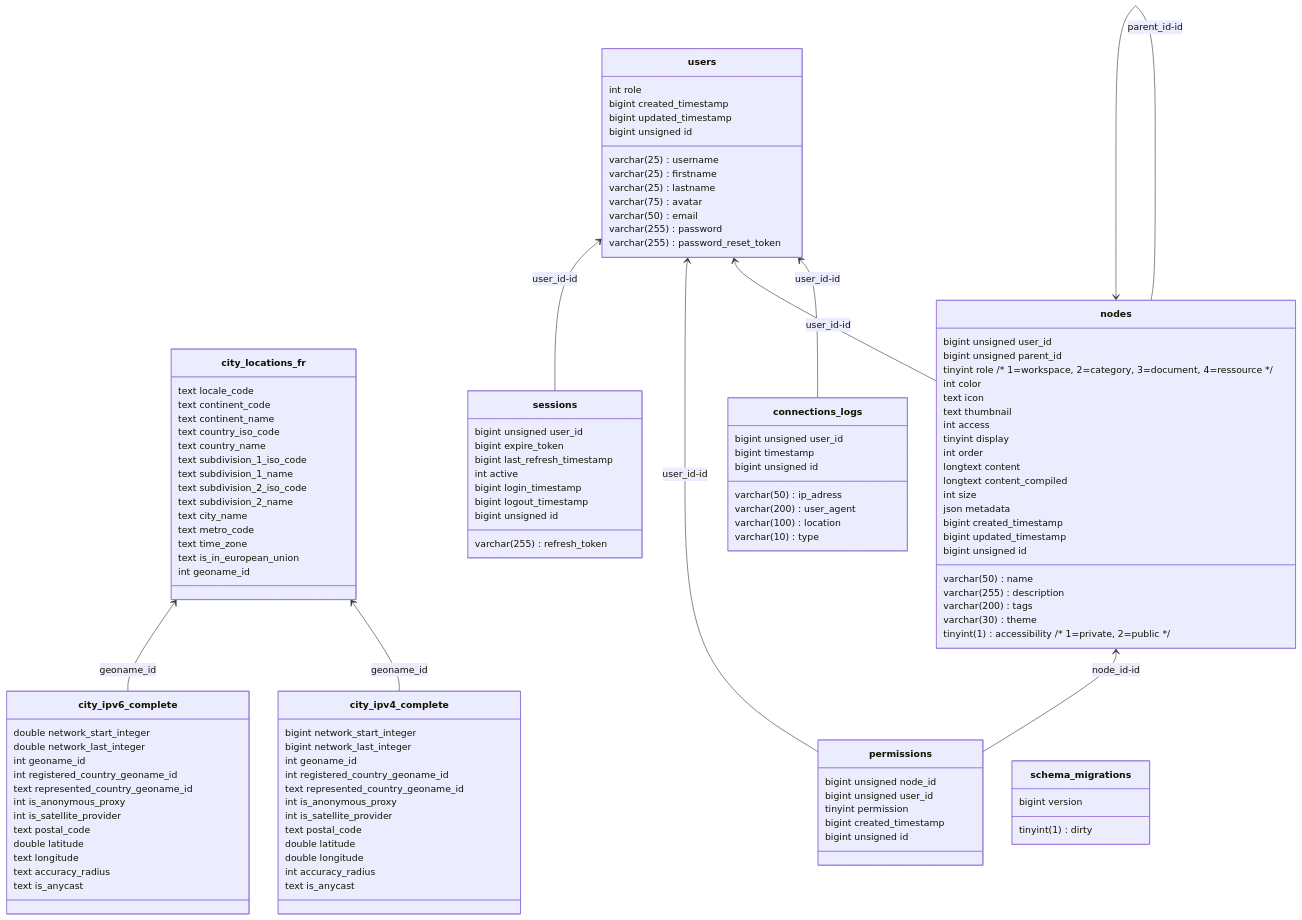
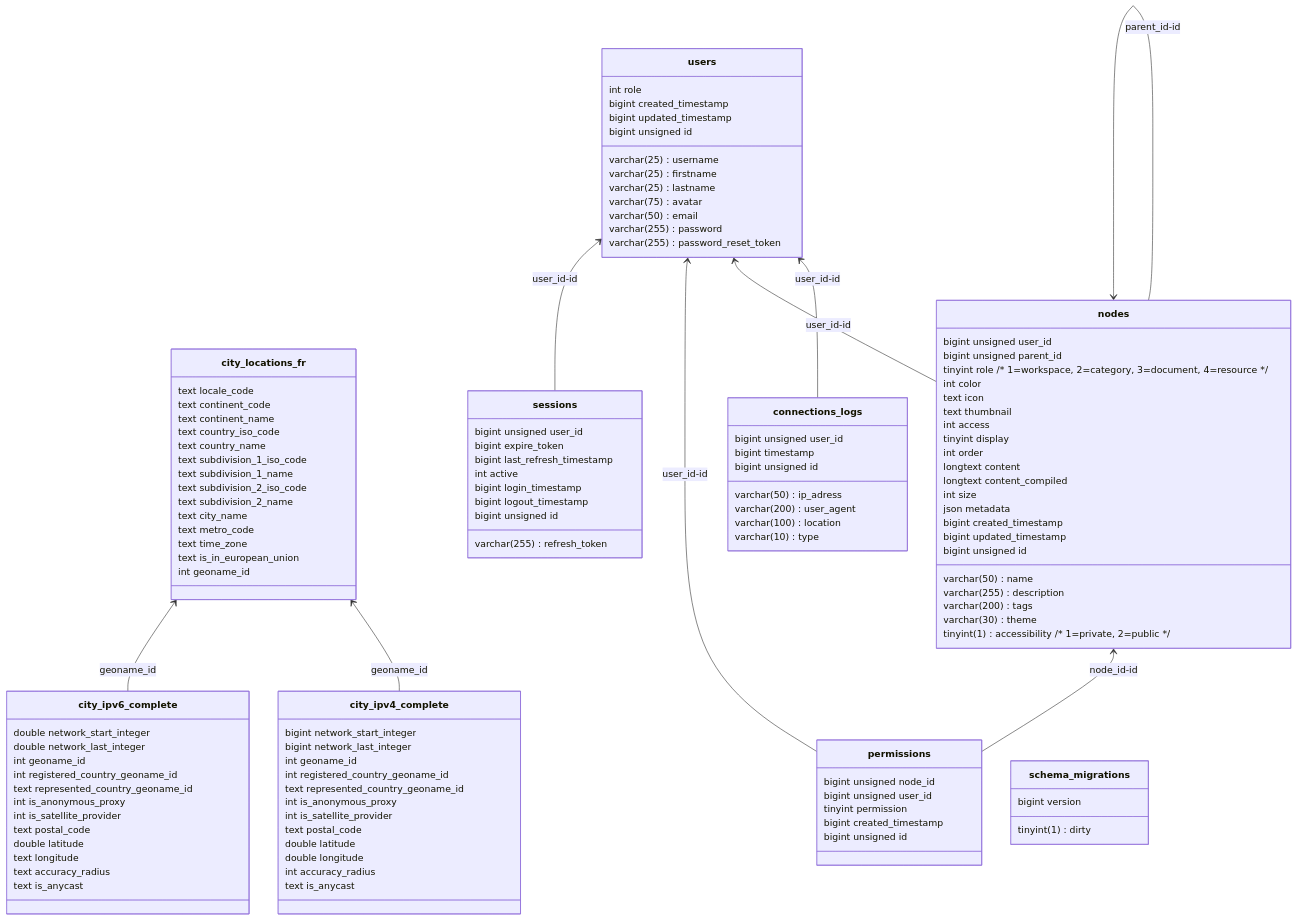
The diagram in backend/repositories/README.md (Smaug6739/Alexandrie), drawn with Mermaid before and after one commit. The commit also changed 26 other files, not shown here.

```diff
--- a/backend/repositories/README.md
+++ b/backend/repositories/README.md
@@ -216,7 +216,7 @@
    varchar(50) name
    varchar(255) description
    varchar(200) tags
-   tinyint role  /* 1=workspace, 2=category, 3=document, 4=ressource */
+   tinyint role  /* 1=workspace, 2=category, 3=document, 4=resource */
    int color
    text icon
    text thumbnail
```
